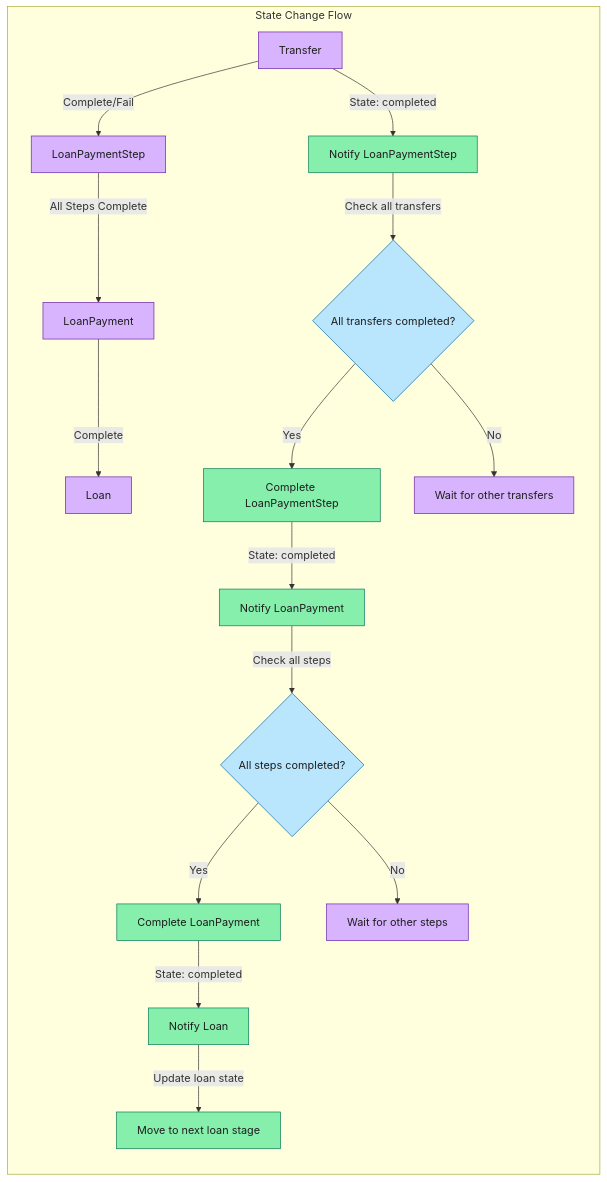
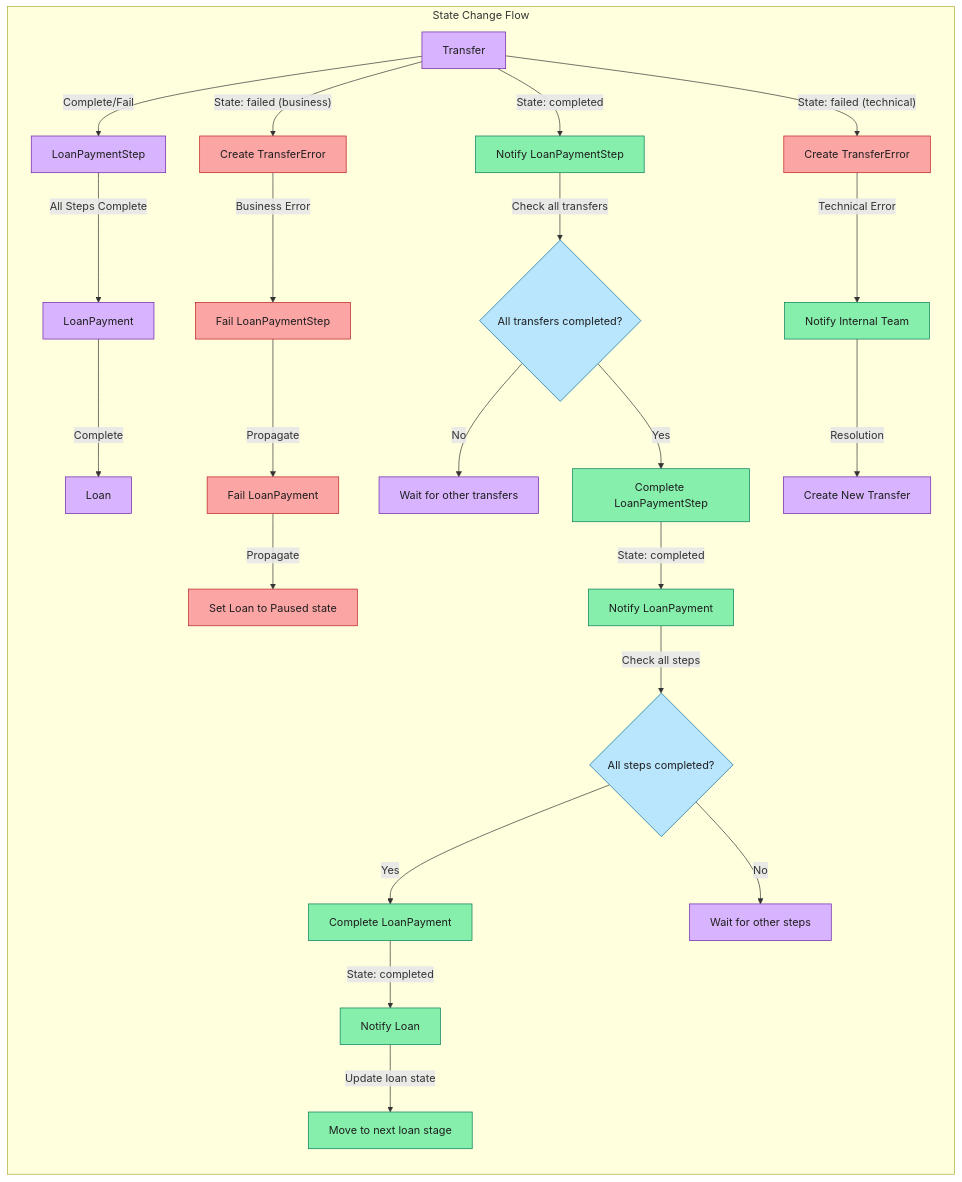
The ninth of 10 diagrams in docs/loan-domain.md (jangot/archipelago-rules), drawn with Mermaid before and after one commit. The commit also changed other lines of this file, not shown here.

First line of the commit message:
WIP on Lending docs: Transfer Error definition and flows described

````diff
--- a/docs/loan-domain.md
+++ b/docs/loan-domain.md
@@ -1015,32 +1043,43 @@
 ```mermaid
 flowchart TD
     subgraph "State Change Flow"
         direction TB
         
         Transfer -->|"Complete/Fail"| LoanPaymentStep
         LoanPaymentStep -->|"All Steps Complete"| LoanPayment
         LoanPayment -->|"Complete"| Loan
         
         Transfer -->|"State: completed"| NotifyStep[Notify LoanPaymentStep]
         NotifyStep -->|"Check all transfers"| StepDecision{"All transfers completed?"}
         StepDecision -->|"Yes"| CompleteStep[Complete LoanPaymentStep]
         StepDecision -->|"No"| WaitTransfer[Wait for other transfers]
         
+        Transfer -->|"State: failed (business)"| BusinessError[Create TransferError]
+        BusinessError -->|"Business Error"| FailStep[Fail LoanPaymentStep]
+        FailStep -->|"Propagate"| FailPayment[Fail LoanPayment]
+        FailPayment -->|"Propagate"| PauseLoan[Set Loan to Paused state]
+        
+        Transfer -->|"State: failed (technical)"| TechnicalError[Create TransferError]
+        TechnicalError -->|"Technical Error"| NotifyTeam[Notify Internal Team]
+        NotifyTeam -->|"Resolution"| RetryTransfer[Create New Transfer]
+        
         CompleteStep -->|"State: completed"| NotifyPayment[Notify LoanPayment]
         NotifyPayment -->|"Check all steps"| PaymentDecision{"All steps completed?"}
         PaymentDecision -->|"Yes"| CompletePayment[Complete LoanPayment]
         PaymentDecision -->|"No"| WaitStep[Wait for other steps]
         
         CompletePayment -->|"State: completed"| NotifyLoan[Notify Loan]
         NotifyLoan -->|"Update loan state"| NextLoanStage[Move to next loan stage]
     end
     
     classDef process fill:#d8b4fe,stroke:#6b21a8,stroke-width:1px,color:#1e1e1e
     classDef decision fill:#bae6fd,stroke:#0369a1,stroke-width:1px,color:#1e1e1e
     classDef notification fill:#86efac,stroke:#047857,stroke-width:1px,color:#1e1e1e
+    classDef error fill:#fca5a5,stroke:#b91c1c,stroke-width:1px,color:#1e1e1e
     
-    class Transfer,LoanPaymentStep,LoanPayment,Loan process
+    class Transfer,LoanPaymentStep,LoanPayment,Loan,RetryTransfer process
     class StepDecision,PaymentDecision decision
-    class NotifyStep,NotifyPayment,NotifyLoan,CompleteStep,CompletePayment,NextLoanStage notification
+    class NotifyStep,NotifyPayment,NotifyLoan,CompleteStep,CompletePayment,NextLoanStage,NotifyTeam notification
     class WaitTransfer,WaitStep process
+    class BusinessError,TechnicalError,FailStep,FailPayment,PauseLoan error
 ```
````
